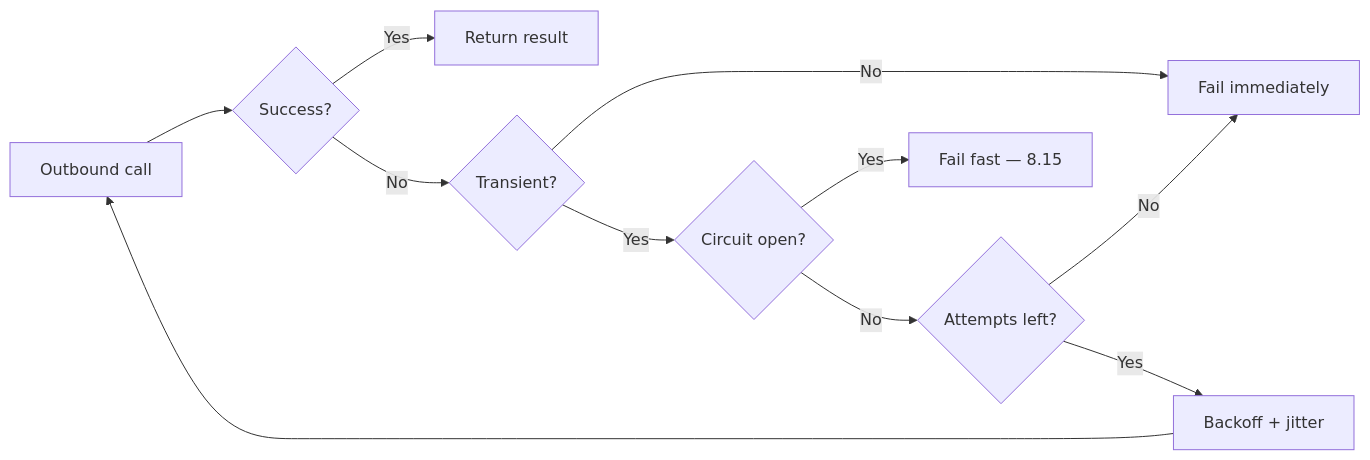
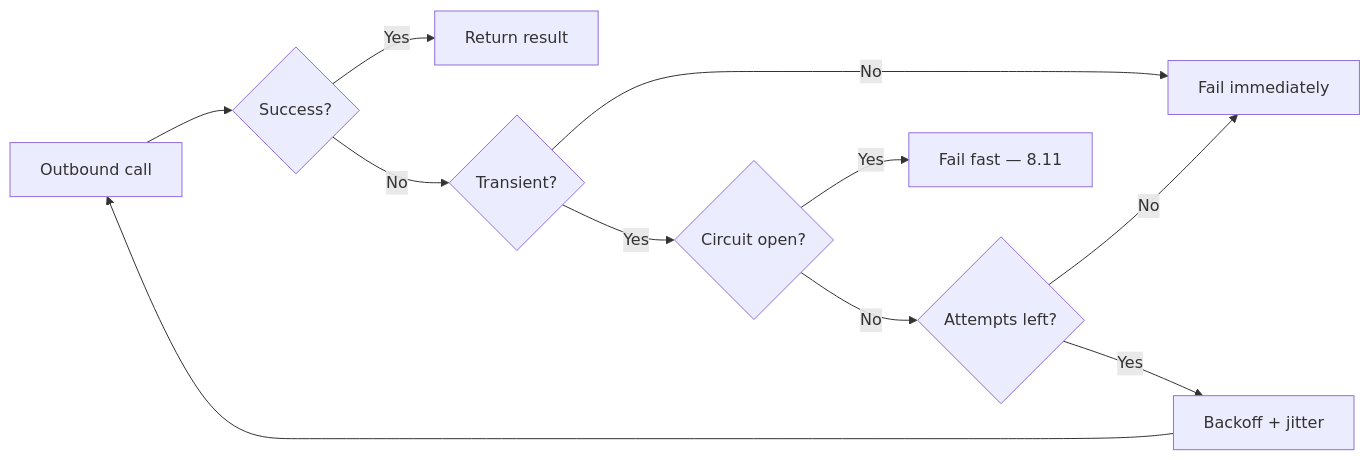
Before and after one commit to hareramcse/SystemDesign: diagram 23 of 25 in 08-microservices/README.md, drawn with Mermaid. The commit also changed other lines of this file and 16 other files, not shown here.

````diff
--- a/08-microservices/README.md
+++ b/08-microservices/README.md
@@ -2161,13 +2155,13 @@
 ```mermaid
 flowchart LR
     Call[Outbound call] --> OK{Success?}
     OK -->|Yes| Return[Return result]
     OK -->|No| Type{Transient?}
     Type -->|No| Fail[Fail immediately]
     Type -->|Yes| CB{Circuit open?}
-    CB -->|Yes| Fast[Fail fast — 8.15]
+    CB -->|Yes| Fast[Fail fast — 8.11]
     CB -->|No| Left{Attempts left?}
     Left -->|No| Fail
     Left -->|Yes| Wait[Backoff + jitter]
     Wait --> Call
 ```
````
